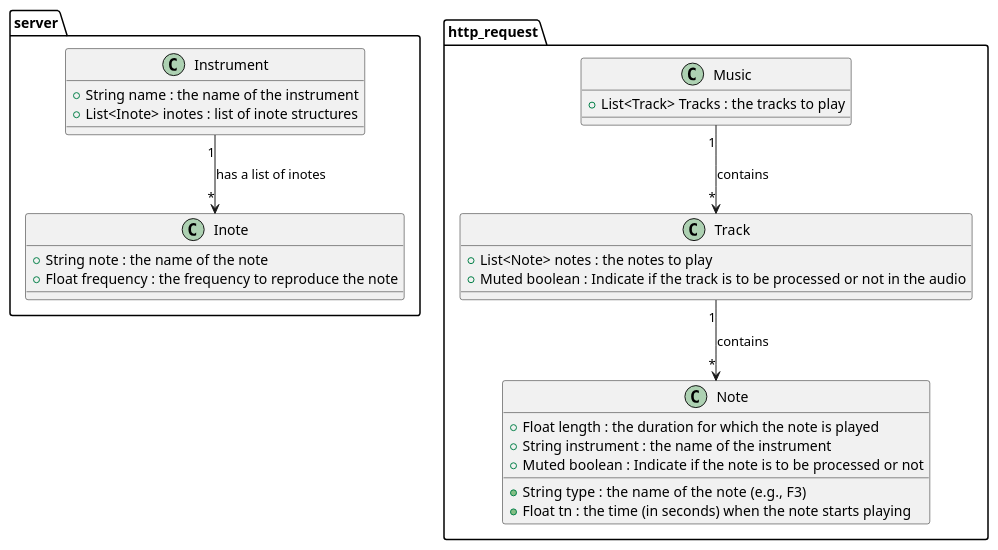
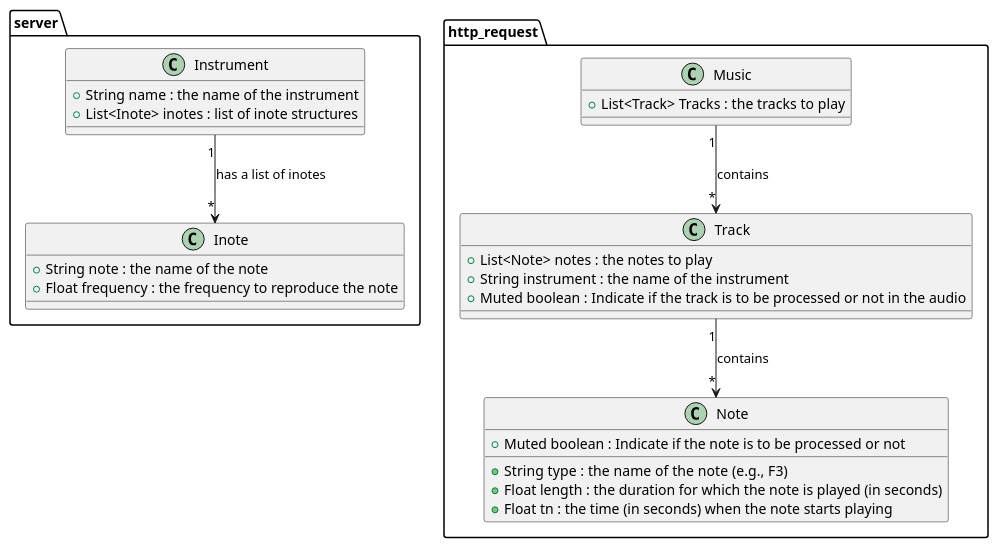
The diagram in planning/music_protocol/protocol.puml (desktop-pets-family/pet_bit_melody), drawn with PlantUML before and after one commit.

Commit message:
[UPDATE] the music protocol desing

```diff
--- a/planning/music_protocol/protocol.puml
+++ b/planning/music_protocol/protocol.puml
@@ -1,36 +1,37 @@
 @startuml melody protocol
 
 namespace server {
   class Instrument {
     +String name : the name of the instrument
     +List<Inote> inotes : list of inote structures
   }
 
   class Inote {
     +String note : the name of the note
     +Float frequency : the frequency to reproduce the note
   }
   Instrument "1" --> "*" Inote : has a list of inotes
 }
 
 namespace http_request {
   class Note {
     +String type  : the name of the note (e.g., F3)
-    +Float length : the duration for which the note is played
-    +String instrument : the name of the instrument
+    +Float length : the duration for which the note is played (in seconds)
     +Float tn : the time (in seconds) when the note starts playing
     +Muted boolean : Indicate if the note is to be processed or not
   }
   class Track {
     +List<Note> notes : the notes to play
+    +String instrument : the name of the instrument
     +Muted boolean : Indicate if the track is to be processed or not in the audio
   }
 
   class Music {
     +List<Track> Tracks : the tracks to play
   }
   Track "1" --> "*" Note : contains
   Music "1" --> "*" Track : contains
+  ' example response: [{"instrument":"Piano", "muted":False,"notes":[{"type":F3, "length":0.2, "tn":0, "muted":False}, etc]}]
 }
 
 @enduml
```
